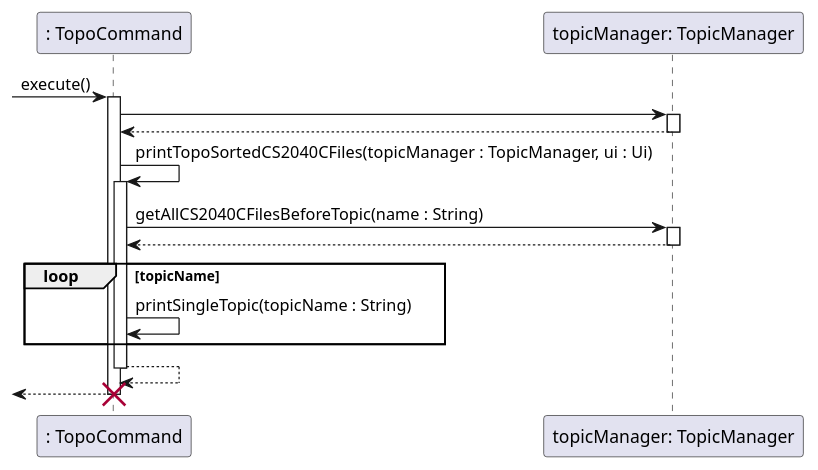
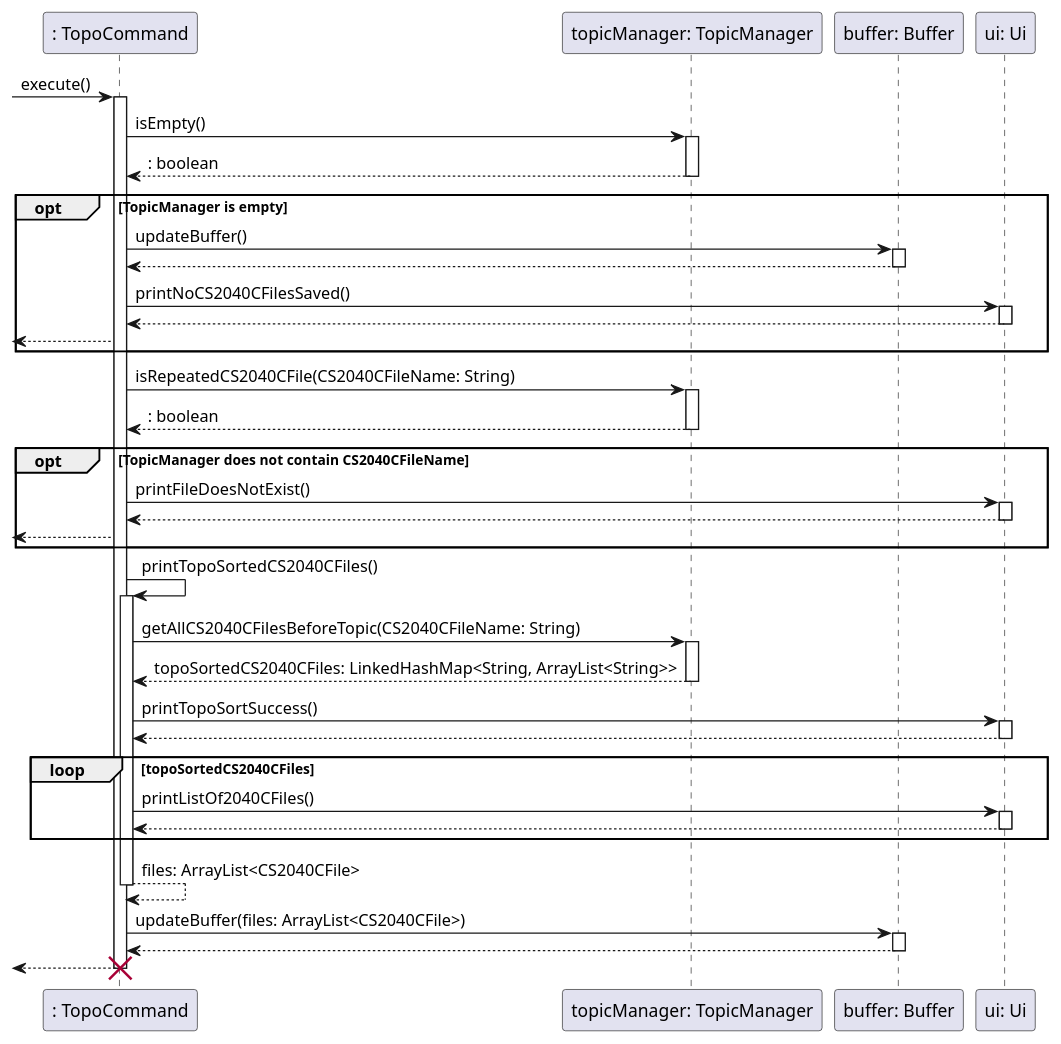
Before and after one commit to ong-ck/tp: the diagram in docs/sequence-diagrams/source-files/TopoSort.puml, drawn with PlantUML. The commit also changed 10 other files, not shown here.

Commit message:
Edit sequence diagram to be clearer

```diff
--- a/docs/sequence-diagrams/source-files/TopoSort.puml
+++ b/docs/sequence-diagrams/source-files/TopoSort.puml
@@ -1,25 +1,59 @@
 @startuml
 'https://plantuml.com/sequence-diagram
 
-participant ": TopoCommand" as tc
-participant "topicManager: TopicManager" as tm
+participant ": TopoCommand" as TopoCommand
+participant "topicManager: TopicManager" as TopicManager
+participant "buffer: Buffer" as Buffer
+participant "ui: Ui" as Ui
 
--> tc : execute()
-activate tc
-tc -> tm
-activate tm
-tm --> tc
-deactivate tm
-tc -> tc : printTopoSortedCS2040CFiles(topicManager : TopicManager, ui : Ui)
-activate tc
-tc -> tm : getAllCS2040CFilesBeforeTopic(name : String)
-activate tm
-tm --> tc
-deactivate tm
-loop topicName
-    tc -> tc : printSingleTopic(topicName : String)
-end
-tc --> tc
-deactivate tc
-<-- tc !!
+-> TopoCommand : execute()
+activate TopoCommand
+    TopoCommand -> TopicManager: isEmpty()
+    activate TopicManager
+    return : boolean
+
+    opt TopicManager is empty
+        TopoCommand -> Buffer: updateBuffer()
+        activate Buffer
+        return
+
+        TopoCommand -> Ui: printNoCS2040CFilesSaved()
+        activate Ui
+        return
+        <-- TopoCommand
+    end
+
+    TopoCommand -> TopicManager: isRepeatedCS2040CFile(CS2040CFileName: String)
+    activate TopicManager
+    return : boolean
+
+    opt TopicManager does not contain CS2040CFileName
+        TopoCommand -> Ui: printFileDoesNotExist()
+        activate Ui
+        return
+        <-- TopoCommand
+    end
+
+    TopoCommand -> TopoCommand: printTopoSortedCS2040CFiles()
+    activate TopoCommand
+        TopoCommand -> TopicManager: getAllCS2040CFilesBeforeTopic(CS2040CFileName: String)
+        activate TopicManager
+        return topoSortedCS2040CFiles: LinkedHashMap<String, ArrayList<String>>
+
+        TopoCommand -> Ui: printTopoSortSuccess()
+        activate Ui
+        return
+
+        loop topoSortedCS2040CFiles
+            TopoCommand -> Ui: printListOf2040CFiles()
+            activate Ui
+            return
+        end
+    return files: ArrayList<CS2040CFile>
+
+    TopoCommand -> Buffer: updateBuffer(files: ArrayList<CS2040CFile>)
+    activate Buffer
+    return
+return
+destroy TopoCommand
 @enduml
```
